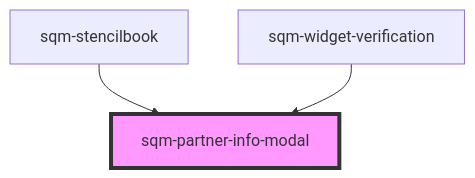
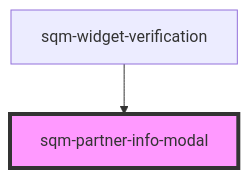
The diagram in packages/mint-components/src/components/sqm-partner-info-modal/readme.md (saasquatch/program-tools), drawn with Mermaid before and after one commit. The commit also changed other lines of this file and 9 other files, not shown here.

Commit message:
Refactor usePartnerInfo with new mutation andmodify step logic. Update types

````diff
--- a/packages/mint-components/src/components/sqm-partner-info-modal/readme.md
+++ b/packages/mint-components/src/components/sqm-partner-info-modal/readme.md
@@ -39,6 +38,5 @@
 ```mermaid
 graph TD;
-  sqm-stencilbook --> sqm-partner-info-modal
   sqm-widget-verification --> sqm-partner-info-modal
   style sqm-partner-info-modal fill:#f9f,stroke:#333,stroke-width:4px
 ```
````
